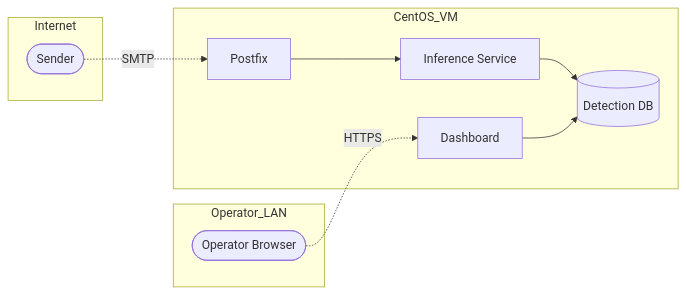
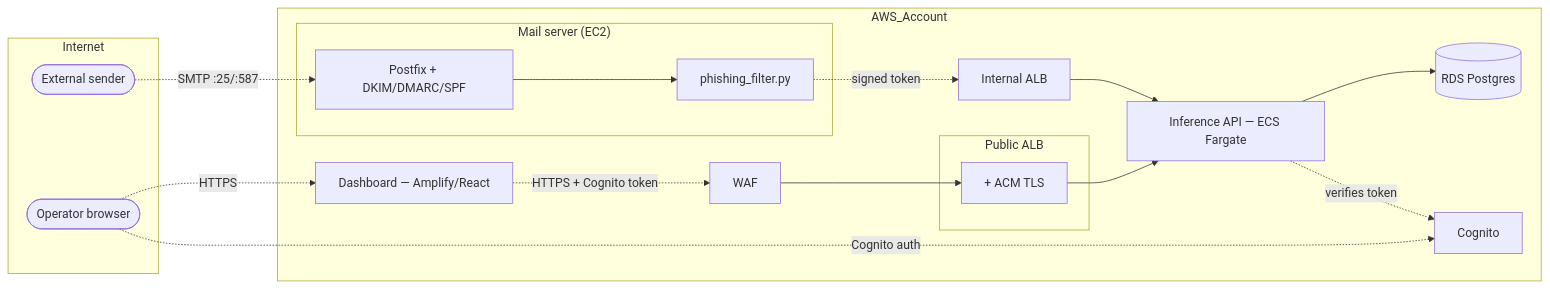
Before and after one commit to naratech-eng/Email-Security-Pipeline: the diagram in docs/threat-model.md, drawn with Mermaid. The commit also changed other lines of this file, not shown here.

````diff
--- a/docs/threat-model.md
+++ b/docs/threat-model.md
@@ -17,19 +23,29 @@
 ```mermaid
 flowchart LR
     subgraph Internet
-        sender([Sender])
+        sender([External sender])
+        operator([Operator browser])
     end
-    subgraph CentOS_VM
-        postfix[Postfix]
-        infer[Inference Service]
-        db[(Detection DB)]
-        dash[Dashboard]
+    subgraph AWS_Account
+        subgraph Mail_EC2["Mail server (EC2)"]
+            postfix[Postfix + DKIM/DMARC/SPF]
+            filter[phishing_filter.py]
+        end
+        waf[WAF]
+        subgraph Public_ALB["Public ALB"]
+            palb[+ ACM TLS]
+        end
+        internal_alb[Internal ALB]
+        ecs[Inference API — ECS Fargate]
+        rds[(RDS Postgres)]
+        cognito[Cognito]
+        amplify[Dashboard — Amplify/React]
     end
-    subgraph Operator_LAN
-        operator([Operator Browser])
-    end
-    sender-. SMTP .->postfix
-    operator-. HTTPS .->dash
-    postfix --> infer --> db
-    dash --> db
+    sender -. SMTP :25/:587 .-> postfix
+    postfix --> filter -. signed token .-> internal_alb --> ecs
+    operator -. HTTPS .-> amplify
+    operator -. Cognito auth .-> cognito
+    amplify -. HTTPS + Cognito token .-> waf --> palb --> ecs
+    ecs --> rds
+    ecs -. verifies token .-> cognito
 ```
````
